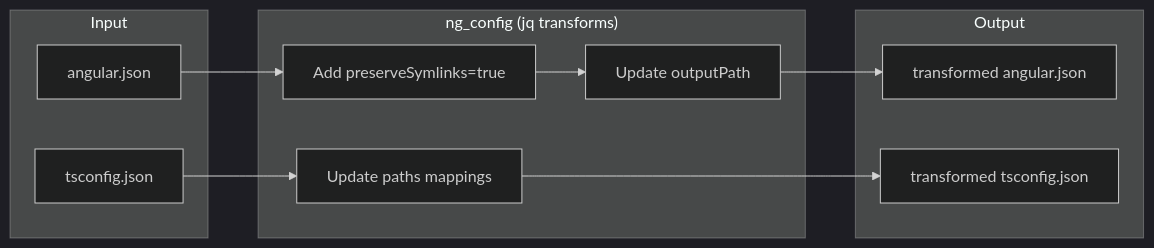
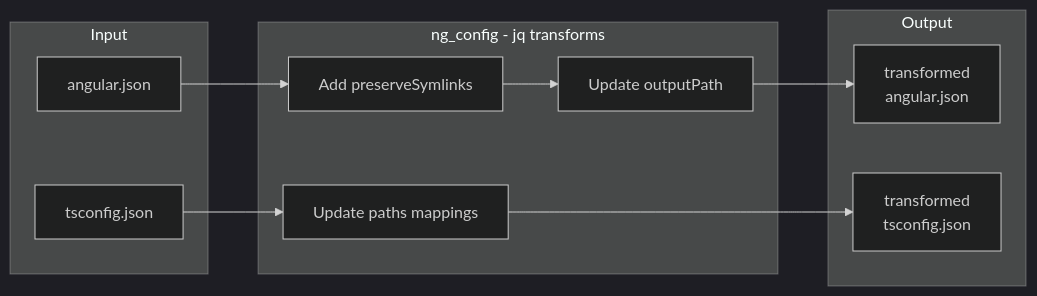
One commit to martintribo/rules_js_test changed the fourth of 5 diagrams in docs/BAZEL_INTEGRATION.md. Above: the diagram before and after it, drawn with Mermaid (dark theme). The commit also changed other lines of this file, not shown here.

First line of the commit message:
Fix Mermaid diagram syntax in documentation

````diff
--- a/docs/BAZEL_INTEGRATION.md
+++ b/docs/BAZEL_INTEGRATION.md
@@ -319,21 +331,26 @@
 ```mermaid
 flowchart LR
-    subgraph "Input"
-        AJ[angular.json]
-        TC[tsconfig.json]
+    subgraph Input
+        AJ["angular.json"]
+        TC["tsconfig.json"]
     end
 
-    subgraph "ng_config (jq transforms)"
-        JQ1["Add preserveSymlinks=true"]
+    subgraph Transform["ng_config - jq transforms"]
+        JQ1["Add preserveSymlinks"]
         JQ2["Update outputPath"]
         JQ3["Update paths mappings"]
     end
 
-    subgraph "Output"
-        AJ2[transformed angular.json]
-        TC2[transformed tsconfig.json]
+    subgraph Output
+        AJ2["transformed
+        angular.json"]
+        TC2["transformed
+        tsconfig.json"]
     end
 
-    AJ --> JQ1 --> JQ2 --> AJ2
-    TC --> JQ3 --> TC2
+    AJ --> JQ1
+    JQ1 --> JQ2
+    JQ2 --> AJ2
+    TC --> JQ3
+    JQ3 --> TC2
 ```
````
